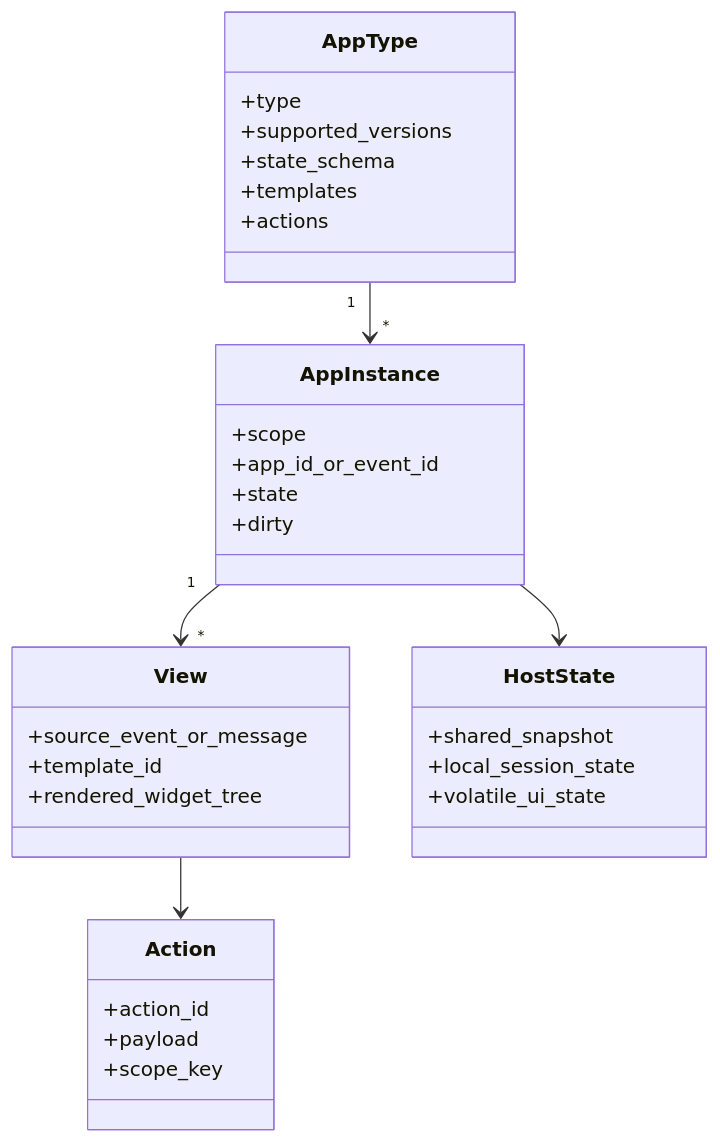
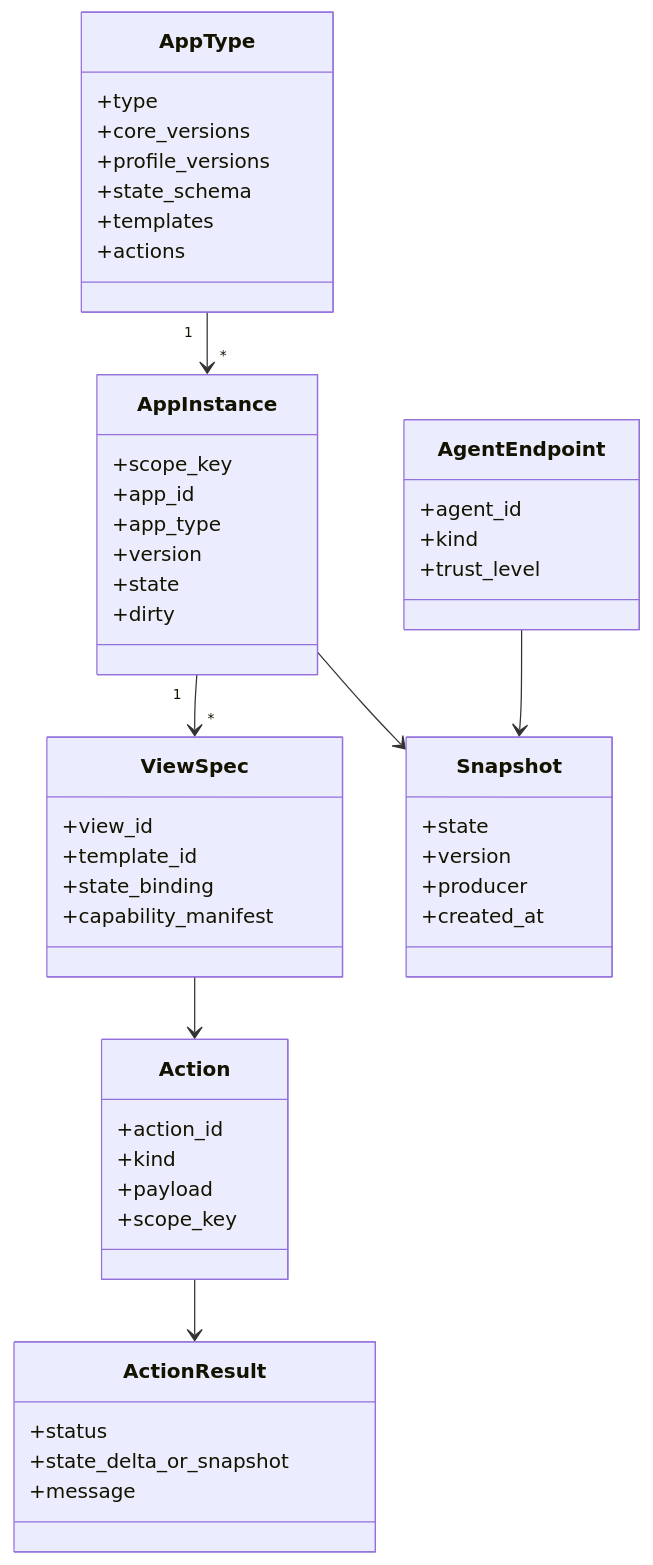
Before and after one commit to ZhangHanDong/makepad: the first of 2 diagrams in examples/aichat/specs/agent2app-book-en/src/02-domain-model.md, drawn with Mermaid. The commit also changed other lines of this file and 37 other files, not shown here.

Commit message:
Document agent2app aichat rollout

````diff
--- a/examples/aichat/specs/agent2app-book-en/src/02-domain-model.md
+++ b/examples/aichat/specs/agent2app-book-en/src/02-domain-model.md
@@ -5,40 +5,60 @@
 ```mermaid
 classDiagram
+    class AgentEndpoint {
+      +agent_id
+      +kind
+      +trust_level
+    }
+
     class AppType {
       +type
-      +supported_versions
+      +core_versions
+      +profile_versions
       +state_schema
       +templates
       +actions
     }
 
     class AppInstance {
-      +scope
-      +app_id_or_event_id
+      +scope_key
+      +app_id
+      +app_type
+      +version
       +state
       +dirty
     }
 
-    class View {
-      +source_event_or_message
+    class ViewSpec {
+      +view_id
       +template_id
-      +rendered_widget_tree
+      +state_binding
+      +capability_manifest
+    }
+
+    class Snapshot {
+      +state
+      +version
+      +producer
+      +created_at
     }
 
     class Action {
       +action_id
+      +kind
       +payload
       +scope_key
     }
 
-    class HostState {
-      +shared_snapshot
-      +local_session_state
-      +volatile_ui_state
+    class ActionResult {
+      +status
+      +state_delta_or_snapshot
+      +message
     }
 
+    AgentEndpoint --> Snapshot
     AppType "1" --> "*" AppInstance
-    AppInstance "1" --> "*" View
-    View --> Action
-    AppInstance --> HostState
+    AppInstance "1" --> "*" ViewSpec
+    AppInstance --> Snapshot
+    ViewSpec --> Action
+    Action --> ActionResult
 ```
````
